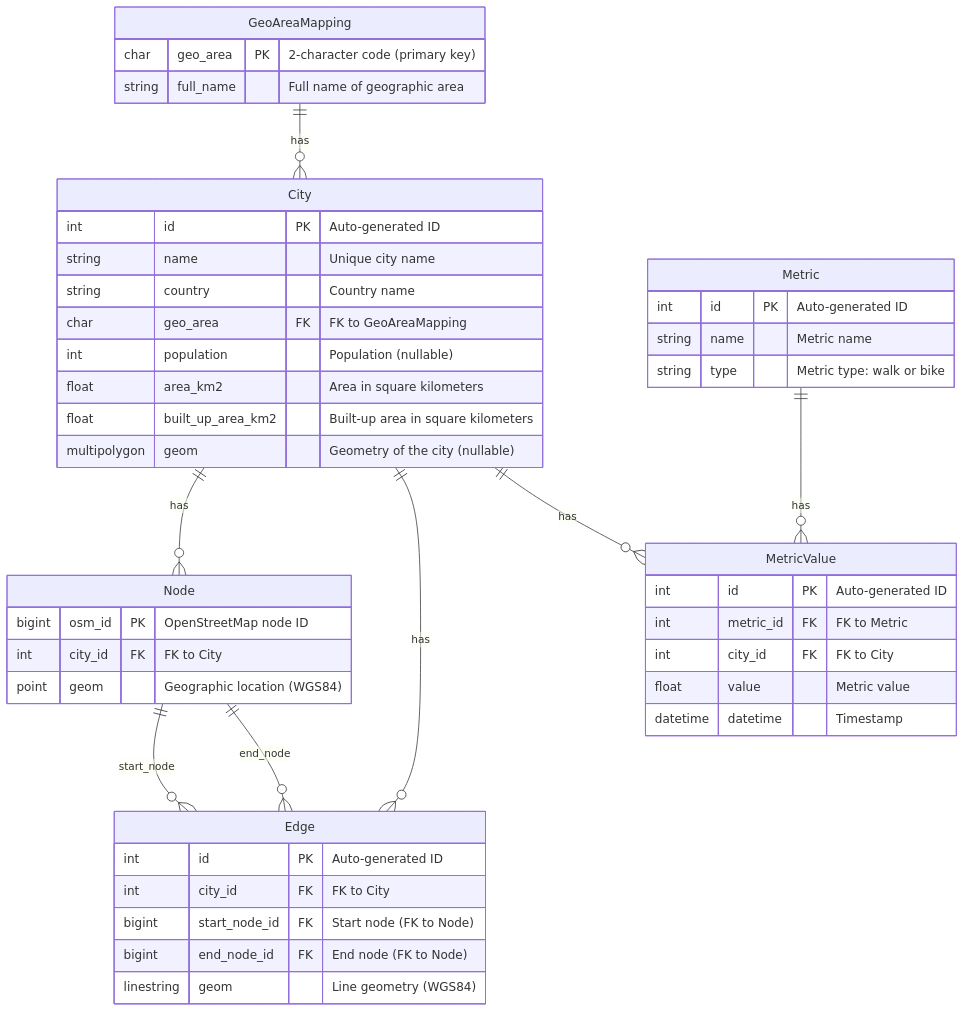
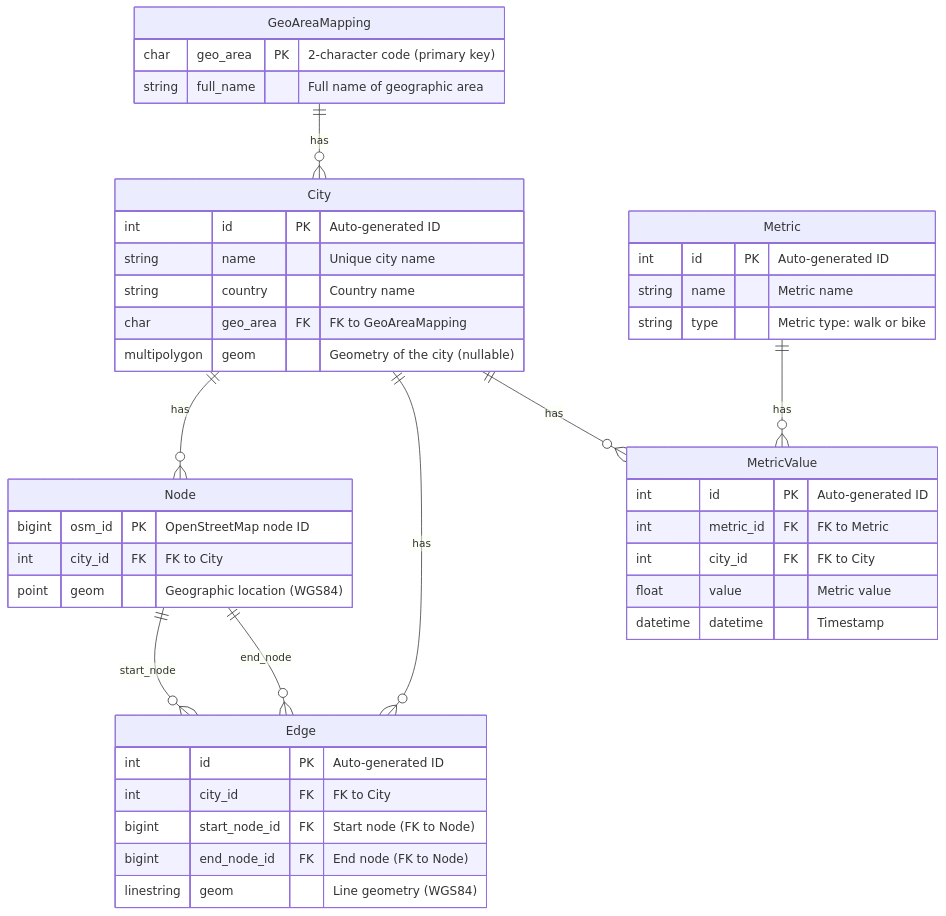
One commit to tanxiaoo/city_network_analysis changed the diagram in README.md. Above: the diagram before and after it, drawn with Mermaid. The commit also changed other lines of this file, not shown here.

````diff
--- a/README.md
+++ b/README.md
@@ -42,54 +42,51 @@
 ```mermaid
 erDiagram
     GeoAreaMapping ||--o{ City : "has"
     City ||--o{ Node : "has"
     City ||--o{ Edge : "has"
     City ||--o{ MetricValue : "has"
     Metric ||--o{ MetricValue : "has"
     Node ||--o{ Edge : "start_node"
     Node ||--o{ Edge : "end_node"
 
     GeoAreaMapping {
         char geo_area PK "2-character code (primary key)"
         string full_name "Full name of geographic area"
     }
 
     City {
         int id PK "Auto-generated ID"
         string name "Unique city name"
         string country "Country name"
         char geo_area FK "FK to GeoAreaMapping"
-        int population "Population (nullable)"
-        float area_km2 "Area in square kilometers"
-        float built_up_area_km2 "Built-up area in square kilometers"
         multipolygon geom "Geometry of the city (nullable)"
     }
 
     Metric {
         int id PK "Auto-generated ID"
         string name "Metric name"
         string type "Metric type: walk or bike"
     }
 
     MetricValue {
         int id PK "Auto-generated ID"
         int metric_id FK "FK to Metric"
         int city_id FK "FK to City"
         float value "Metric value"
         datetime datetime "Timestamp"
     }
 
     Node {
         bigint osm_id PK "OpenStreetMap node ID"
         int city_id FK "FK to City"
         point geom "Geographic location (WGS84)"
     }
 
     Edge {
         int id PK "Auto-generated ID"
         int city_id FK "FK to City"
         bigint start_node_id FK "Start node (FK to Node)"
         bigint end_node_id FK "End node (FK to Node)"
         linestring geom "Line geometry (WGS84)"
     }
 ```
````
